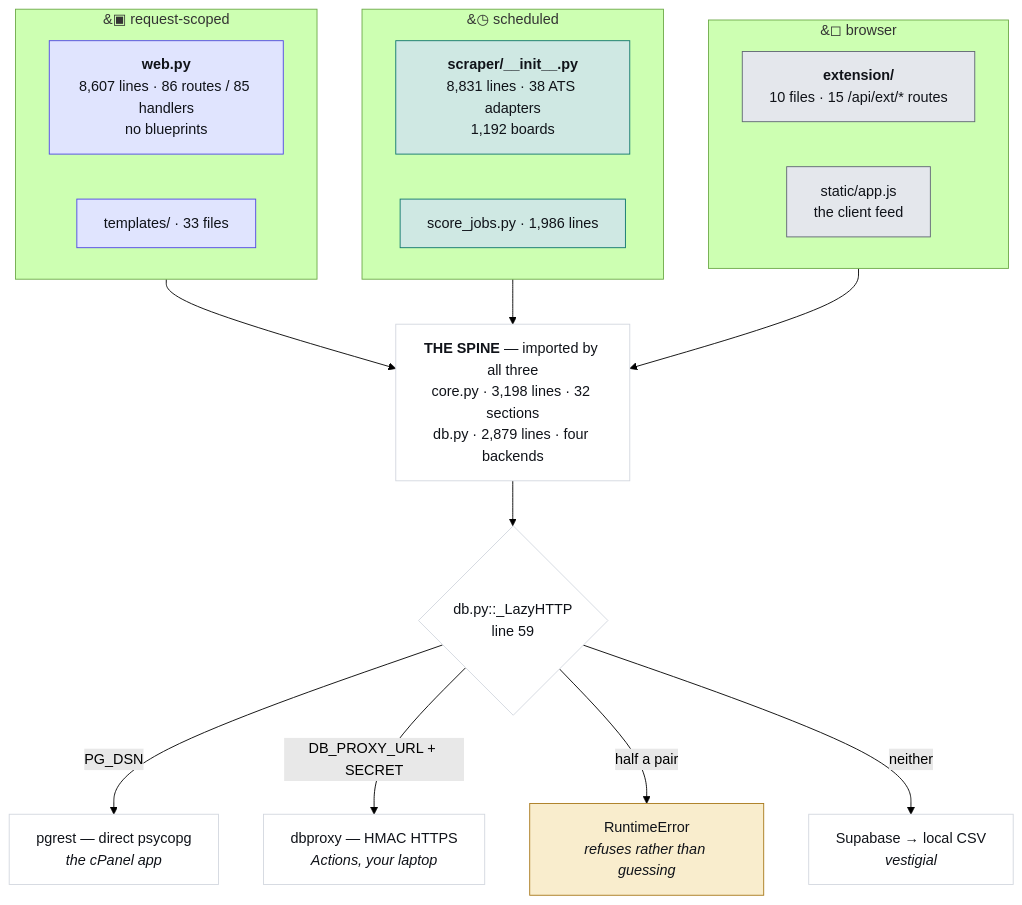
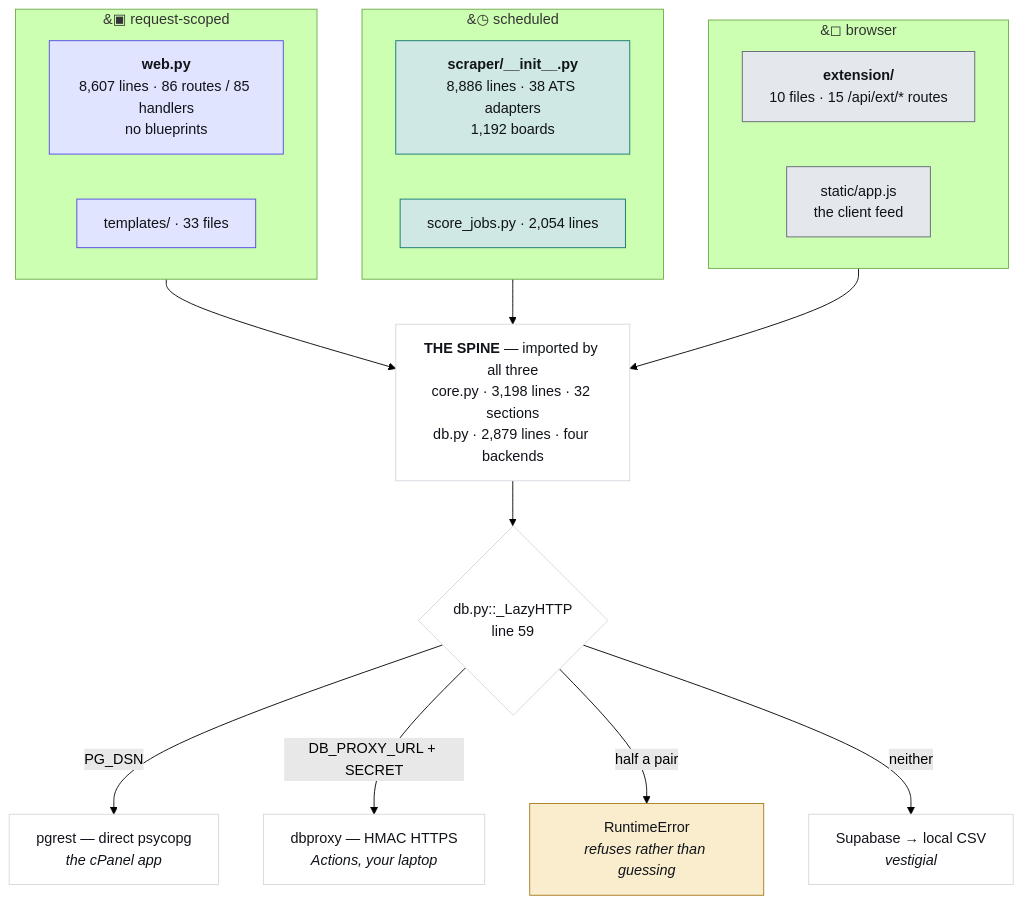
The first of 4 diagrams in JobMatch Scraper/docs/ARCHITECTURE.md (hadakunal909-debug/job-search-tool), drawn with Mermaid (forest theme) before and after one commit. The commit also changed other lines of this file and 5 other files, not shown here.

````diff
--- a/JobMatch Scraper/docs/ARCHITECTURE.md
+++ b/JobMatch Scraper/docs/ARCHITECTURE.md
@@ -45,34 +45,34 @@
 ```mermaid
 flowchart TB
   subgraph REQ["&#9635; request-scoped"]
     W["<b>web.py</b><br/>8,607 lines · 86 routes / 85 handlers<br/>no blueprints"]
     T["templates/ · 33 files"]
   end
   subgraph SCH["&#9719; scheduled"]
-    S["<b>scraper/__init__.py</b><br/>8,831 lines · 38 ATS adapters<br/>1,192 boards"]
-    J["score_jobs.py · 1,986 lines"]
+    S["<b>scraper/__init__.py</b><br/>8,886 lines · 38 ATS adapters<br/>1,192 boards"]
+    J["score_jobs.py · 2,054 lines"]
   end
   subgraph CLI["&#9723; browser"]
     E["<b>extension/</b><br/>10 files · 15 /api/ext/* routes"]
     A["static/app.js<br/>the client feed"]
   end
   SPINE["<b>THE SPINE</b> — imported by all three<br/>core.py · 3,198 lines · 32 sections<br/>db.py · 2,879 lines · four backends"]
   REQ --> SPINE
   SCH --> SPINE
   CLI --> SPINE
   SPINE --> D{"db.py::_LazyHTTP<br/>line 59"}
   D -->|"PG_DSN"| P["pgrest — direct psycopg<br/><i>the cPanel app</i>"]
   D -->|"DB_PROXY_URL + SECRET"| X["dbproxy — HMAC HTTPS<br/><i>Actions, your laptop</i>"]
   D -->|"half a pair"| R["RuntimeError<br/><i>refuses rather than guessing</i>"]
   D -->|"neither"| V["Supabase → local CSV<br/><i>vestigial</i>"]
   classDef web fill:#e0e4fe,stroke:#4f46e5,color:#101319
   classDef sched fill:#cfe8e3,stroke:#0f766e,color:#101319
   classDef client fill:#e4e7ec,stroke:#5f6573,color:#101319
   classDef trap fill:#f9edcd,stroke:#a8781a,color:#101319
   classDef plain fill:#ffffff,stroke:#d3d7df,color:#101319
   class W,T web
   class S,J sched
   class E,A client
   class R trap
   class SPINE,D,P,X,V plain
 ```
````
